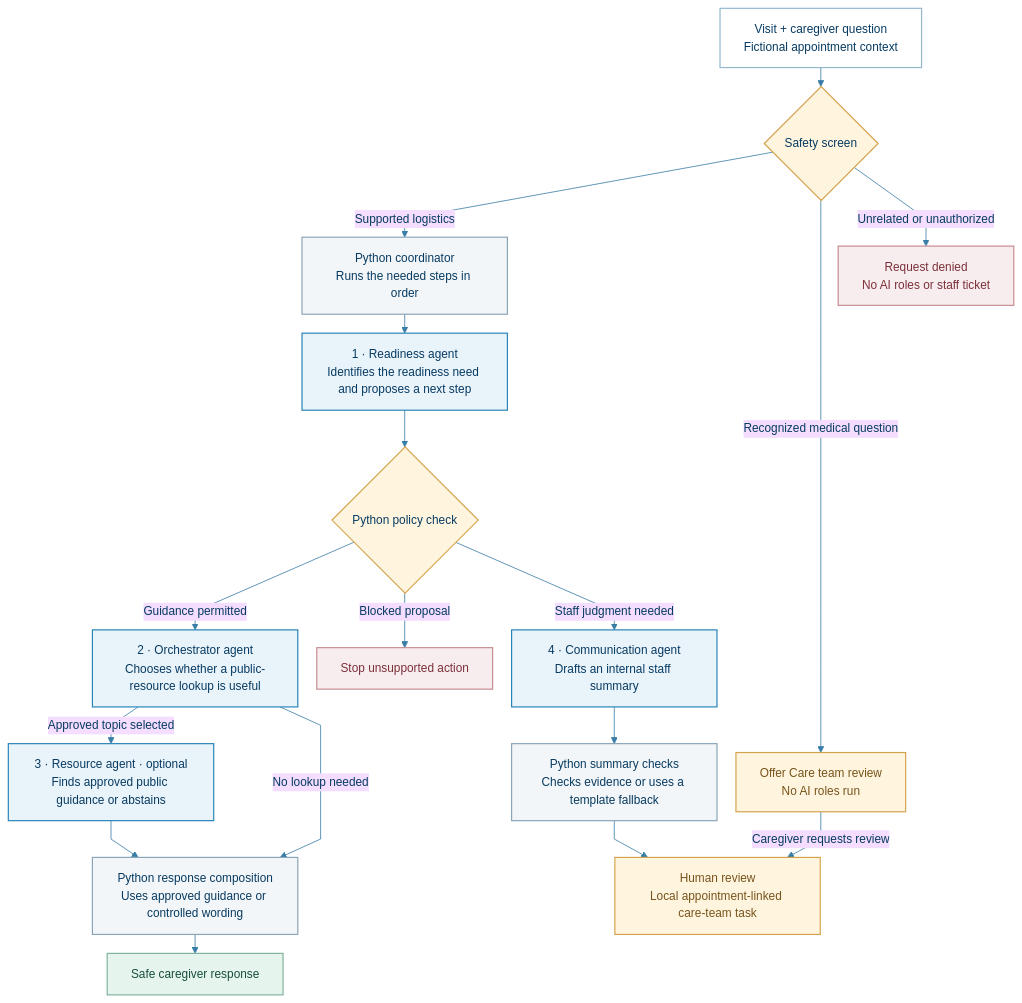
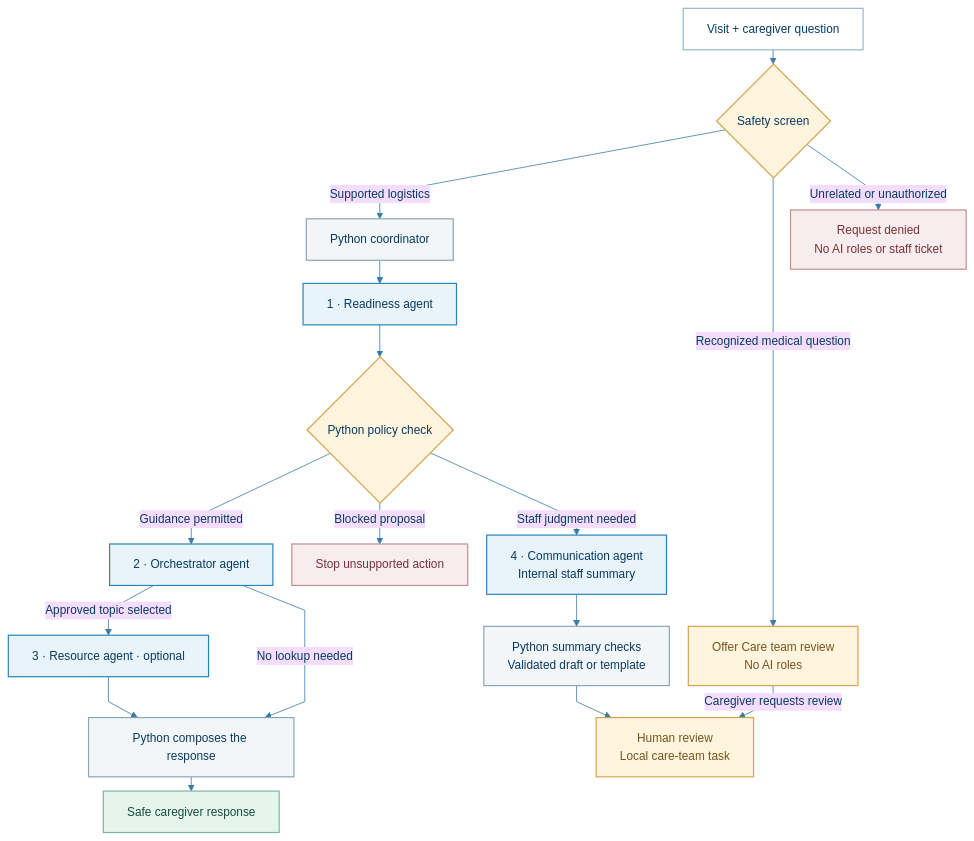
One commit to KevinPalma21/Previa- changed the diagram in README.md. Above: the diagram before and after it, drawn with Mermaid.

Commit message:
Keep workflow diagram compact and readable

````diff
--- a/README.md
+++ b/README.md
@@ -43,53 +43,53 @@
 ```mermaid
-%%{init: {"theme":"base","themeVariables":{"fontFamily":"Arial","fontSize":"15px","primaryTextColor":"#073B62","lineColor":"#377DA6"},"flowchart":{"curve":"linear","nodeSpacing":24,"rankSpacing":24}}}%%
+%%{init: {"theme":"base","themeVariables":{"fontFamily":"Arial","fontSize":"15px","primaryTextColor":"#073B62","lineColor":"#377DA6"},"flowchart":{"curve":"linear","nodeSpacing":24,"rankSpacing":18}}}%%
 flowchart TD
-    VISIT["Visit + caregiver question<br/>Fictional appointment context"]
+    VISIT["Visit + caregiver question"]
     SCREEN{"Safety screen"}
-    COORDINATOR["Python coordinator<br/>Runs the needed steps in order"]
-    READINESS["1 · Readiness agent<br/>Identifies the readiness need and proposes a next step"]
+    COORDINATOR["Python coordinator"]
+    READINESS["1 · Readiness agent"]
     POLICY{"Python policy check"}
-    ORCHESTRATOR["2 · Orchestrator agent<br/>Chooses whether a public-resource lookup is useful"]
-    RESOURCE["3 · Resource agent · optional<br/>Finds approved public guidance or abstains"]
-    COMPOSE["Python response composition<br/>Uses approved guidance or controlled wording"]
+    ORCHESTRATOR["2 · Orchestrator agent"]
+    RESOURCE["3 · Resource agent · optional"]
+    COMPOSE["Python composes the response"]
     PREVIEW["Safe caregiver response"]
-    COMMUNICATION["4 · Communication agent<br/>Drafts an internal staff summary"]
-    SUMMARY_CHECK["Python summary checks<br/>Checks evidence or uses a template fallback"]
-    REVIEW["Human review<br/>Local appointment-linked care-team task"]
-    CLINICAL["Offer Care team review<br/>No AI roles run"]
+    COMMUNICATION["4 · Communication agent<br/>Internal staff summary"]
+    SUMMARY_CHECK["Python summary checks<br/>Validated draft or template"]
+    REVIEW["Human review<br/>Local care-team task"]
+    CLINICAL["Offer Care team review<br/>No AI roles"]
     DENIED["Request denied<br/>No AI roles or staff ticket"]
     STOP["Stop unsupported action"]
 
     VISIT --> SCREEN
     SCREEN -->|Supported logistics| COORDINATOR
     COORDINATOR --> READINESS
     READINESS --> POLICY
     POLICY -->|Guidance permitted| ORCHESTRATOR
     ORCHESTRATOR -->|Approved topic selected| RESOURCE
     RESOURCE --> COMPOSE
     ORCHESTRATOR -->|No lookup needed| COMPOSE
     COMPOSE --> PREVIEW
 
     SCREEN -->|Recognized medical question| CLINICAL
     CLINICAL -->|Caregiver requests review| REVIEW
     SCREEN -->|Unrelated or unauthorized| DENIED
     POLICY -->|Blocked proposal| STOP
     POLICY -->|Staff judgment needed| COMMUNICATION
     COMMUNICATION --> SUMMARY_CHECK
     SUMMARY_CHECK --> REVIEW
 
     classDef context fill:#FFFFFF,stroke:#93B7CF,color:#073B62,stroke-width:1.5px;
     classDef control fill:#F3F6F8,stroke:#8AA4B8,color:#073B62,stroke-width:1.5px;
     classDef agent fill:#E9F3FA,stroke:#2784B8,color:#073B62,stroke-width:1.5px;
     classDef gate fill:#FFF5DF,stroke:#D5A34D,color:#073B62,stroke-width:1.5px;
     classDef approved fill:#E6F4EE,stroke:#7FB39C,color:#174E3D,stroke-width:1.5px;
     classDef human fill:#FFF5DF,stroke:#D5A34D,color:#78531B,stroke-width:1.5px;
     classDef denied fill:#F7EDEE,stroke:#C68C91,color:#7C3039,stroke-width:1.5px;
 
     class VISIT context;
     class COORDINATOR,COMPOSE,SUMMARY_CHECK control;
     class READINESS,ORCHESTRATOR,RESOURCE,COMMUNICATION agent;
     class SCREEN,POLICY gate;
     class PREVIEW approved;
     class CLINICAL,REVIEW human;
     class DENIED,STOP denied;
 ```
````
